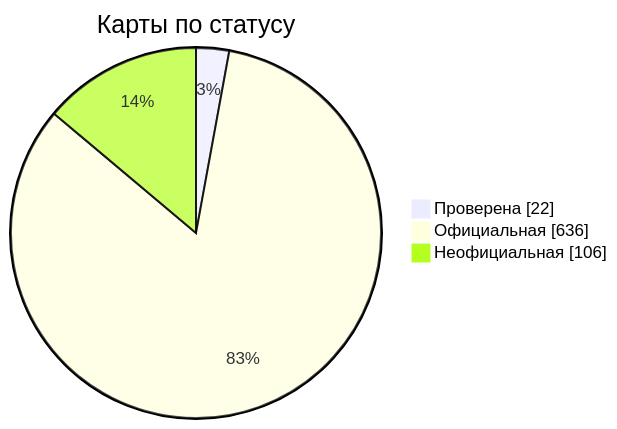
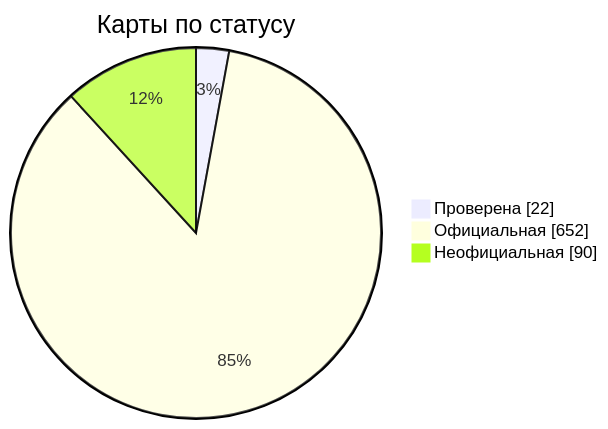
Before and after one commit to nobrega8/mbmap-library: the diagram in docs/readme/README_RU.md, drawn with Mermaid. The commit also changed 5 other files, not shown here.

````diff
--- a/docs/readme/README_RU.md
+++ b/docs/readme/README_RU.md
@@ -54,7 +54,7 @@
 ```mermaid
 pie showData
     title Карты по статусу
     "Проверена" : 22
-    "Официальная" : 636
-    "Неофициальная" : 106
+    "Официальная" : 652
+    "Неофициальная" : 90
 ```
````
